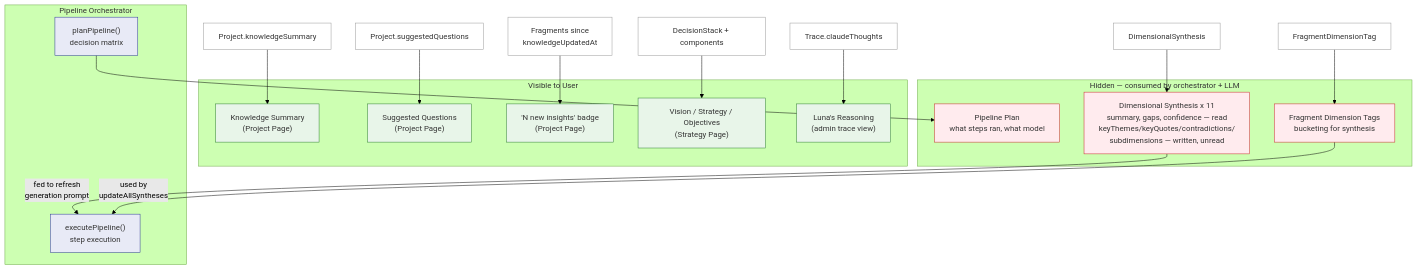
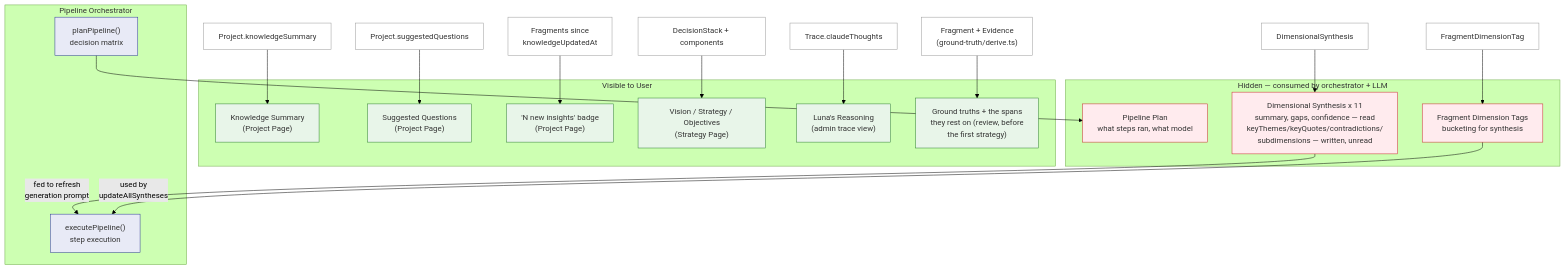
Before and after one commit to jonnyschneider/app.lunastak.io: the fourth of 4 diagrams in docs/architecture/intelligence-pipeline-v2.md, drawn with Mermaid (forest theme). The commit also changed other lines of this file and 4 other files, not shown here.

````diff
--- a/docs/architecture/intelligence-pipeline-v2.md
+++ b/docs/architecture/intelligence-pipeline-v2.md
@@ -304,40 +352,42 @@
 ```mermaid
 graph TD
     classDef visible fill:#e8f5e9,stroke:#2e7d32,color:#333
     classDef hidden fill:#ffebee,stroke:#c62828,color:#333
     classDef source fill:#fff,stroke:#999,color:#333
     classDef orch fill:#e8eaf6,stroke:#283593,color:#333
 
     subgraph VISIBLE ["Visible to User"]
         V1["Knowledge Summary<br/>(Project Page)"]:::visible
         V2["Suggested Questions<br/>(Project Page)"]:::visible
         V3["'N new insights' badge<br/>(Project Page)"]:::visible
         V4["Vision / Strategy / Objectives<br/>(Strategy Page)"]:::visible
         V5["Luna's Reasoning<br/>(admin trace view)"]:::visible
+        V6["Ground truths + the spans<br/>they rest on (review, before<br/>the first strategy)"]:::visible
     end
 
     subgraph HIDDEN ["Hidden — consumed by orchestrator + LLM"]
         H1["Dimensional Synthesis x 11<br/>summary, gaps, confidence — read<br/>keyThemes/keyQuotes/contradictions/<br/>subdimensions — written, unread"]:::hidden
         H2["Fragment Dimension Tags<br/>bucketing for synthesis"]:::hidden
         H3["Pipeline Plan<br/>what steps ran, what model"]:::hidden
     end
 
     subgraph ORCHESTRATOR ["Pipeline Orchestrator"]
         O1["planPipeline()<br/>decision matrix"]:::orch
         O2["executePipeline()<br/>step execution"]:::orch
     end
 
     %% Sources
     KS[Project.knowledgeSummary]:::source --> V1
     SQ[Project.suggestedQuestions]:::source --> V2
     FN["Fragments since<br/>knowledgeUpdatedAt"]:::source --> V3
     GO[DecisionStack + components]:::source --> V4
     CT[Trace.claudeThoughts]:::source --> V5
+    EV["Fragment + Evidence<br/>(ground-truth/derive.ts)"]:::source --> V6
 
     DS[DimensionalSynthesis]:::source --> H1
     DT[FragmentDimensionTag]:::source --> H2
     O1 --> H3
 
     H1 -->|"fed to refresh<br/>generation prompt"| O2
     H2 -->|"used by<br/>updateAllSyntheses"| O2
 ```
````
